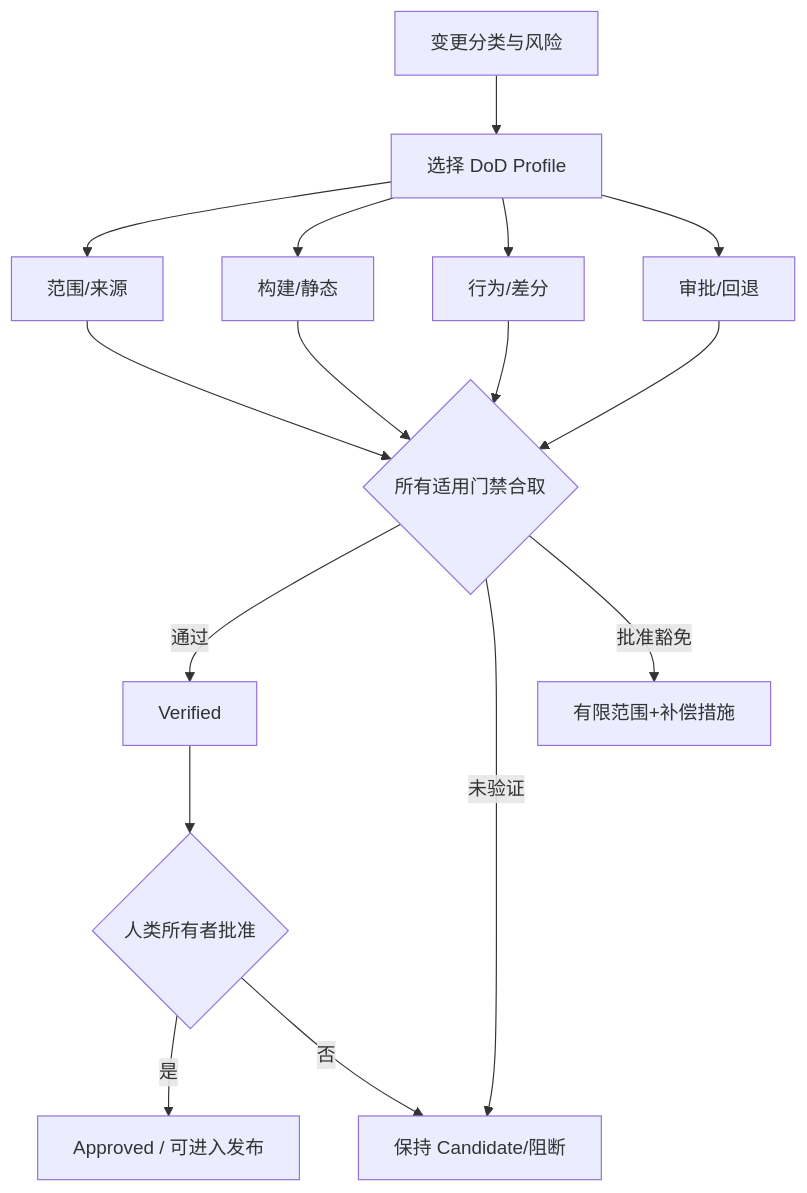
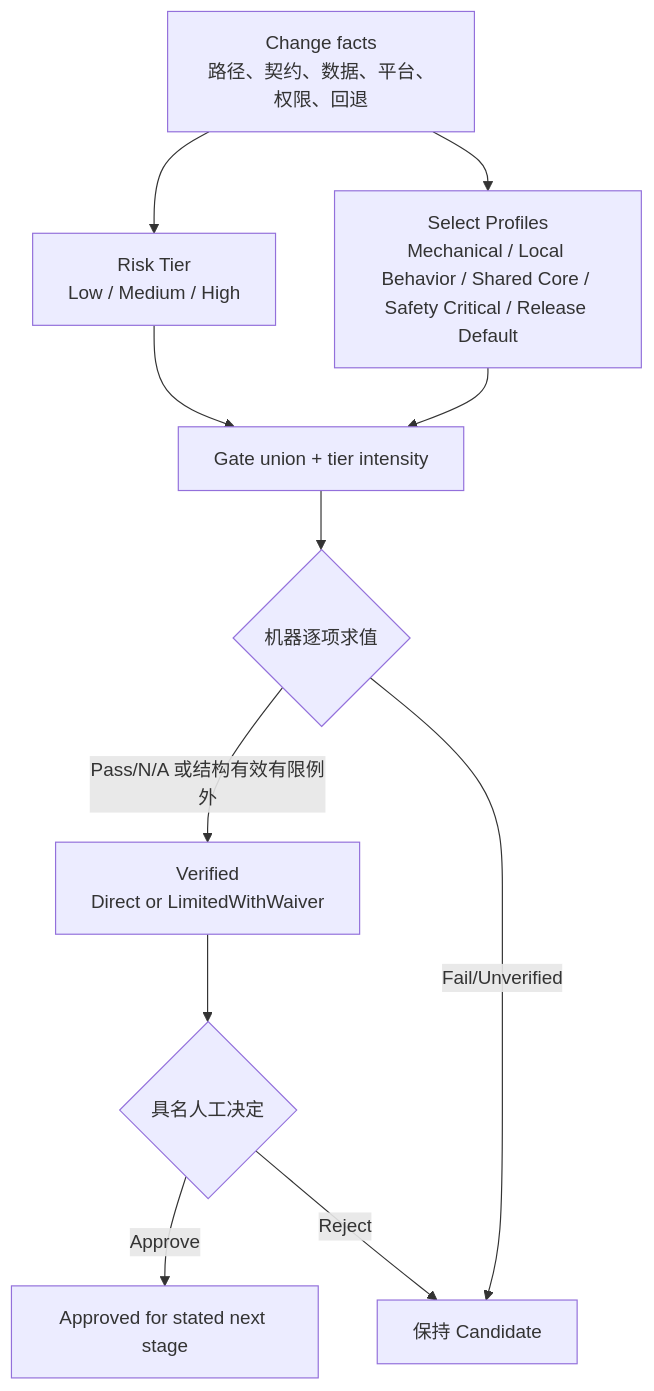
One commit to ZhangHanDong/coreutils changed the diagram in book/src/part4/ch13-definition-of-done.md. Above: the diagram before and after it, drawn with Mermaid. The commit also changed other lines of this file, not shown here.

````diff
--- a/book/src/part4/ch13-definition-of-done.md
+++ b/book/src/part4/ch13-definition-of-done.md
@@ -32,18 +73,13 @@
 ```mermaid
 flowchart TB
-    C["变更分类与风险"] --> P["选择 DoD Profile"]
-    P --> G1["范围/来源"]
-    P --> G2["构建/静态"]
-    P --> G3["行为/差分"]
-    P --> G4["审批/回退"]
-    G1 --> A{"所有适用门禁合取"}
-    G2 --> A
-    G3 --> A
-    G4 --> A
-    A -->|"通过"| V["Verified"]
-    A -->|"未验证"| U["保持 Candidate/阻断"]
-    A -->|"批准豁免"| W["有限范围+补偿措施"]
-    V --> H{"人类所有者批准"}
-    H -->|"是"| D["Approved / 可进入发布"]
-    H -->|"否"| U
+    C["Change facts<br/>路径、契约、数据、平台、权限、回退"] --> T["Risk Tier<br/>Low / Medium / High"]
+    C --> P["Select Profiles<br/>Mechanical / Local Behavior / Shared Core / Safety Critical / Release Default"]
+    T --> G["Gate union + tier intensity"]
+    P --> G
+    G --> E{"机器逐项求值"}
+    E -->|Pass/N/A 或结构有效有限例外| V["Verified<br/>Direct or LimitedWithWaiver"]
+    E -->|Fail/Unverified| B["保持 Candidate"]
+    V --> H{"具名人工决定"}
+    H -->|Approve| A["Approved for stated next stage"]
+    H -->|Reject| B
 ```
````
